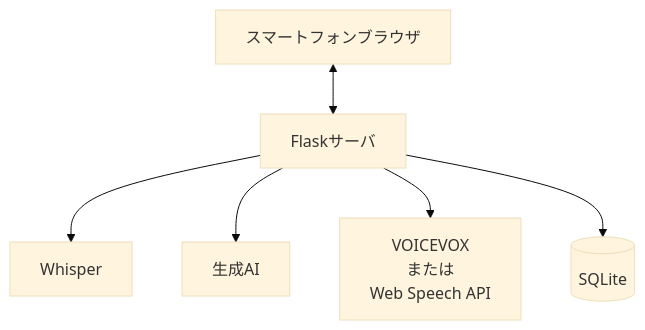
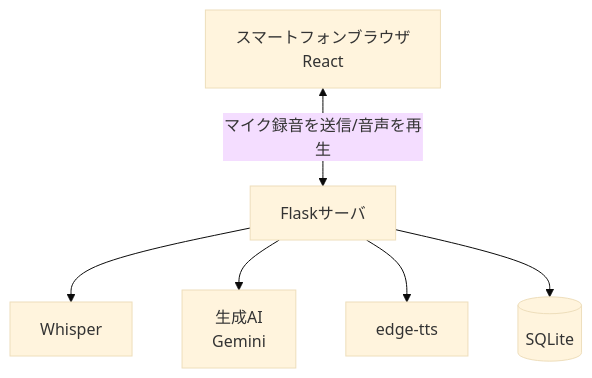
Before and after one commit to KaichoHarry/talk-seed: the second of 4 diagrams in docs/全体設計.md, drawn with Mermaid (base theme). The commit also changed other lines of this file and 27 other files, not shown here.

````diff
--- a/docs/全体設計.md
+++ b/docs/全体設計.md
@@ -85,21 +85,21 @@
 ```mermaid
 flowchart TB
 
-    CLIENT[スマートフォンブラウザ]
+    CLIENT[スマートフォンブラウザ<br>React]
 
     SERVER[Flaskサーバ]
 
     STT[Whisper]
-    GPT[生成AI]
-    TTS[VOICEVOX<br>または<br>Web Speech API]
+    GPT[生成AI<br>Gemini]
+    TTS[edge-tts]
 
     DB[(SQLite)]
 
-    CLIENT <--> SERVER
+    CLIENT <--マイク録音を送信/音声を再生--> SERVER
 
     SERVER --> STT
     SERVER --> GPT
     SERVER --> TTS
 
     SERVER --> DB
 ```
````
